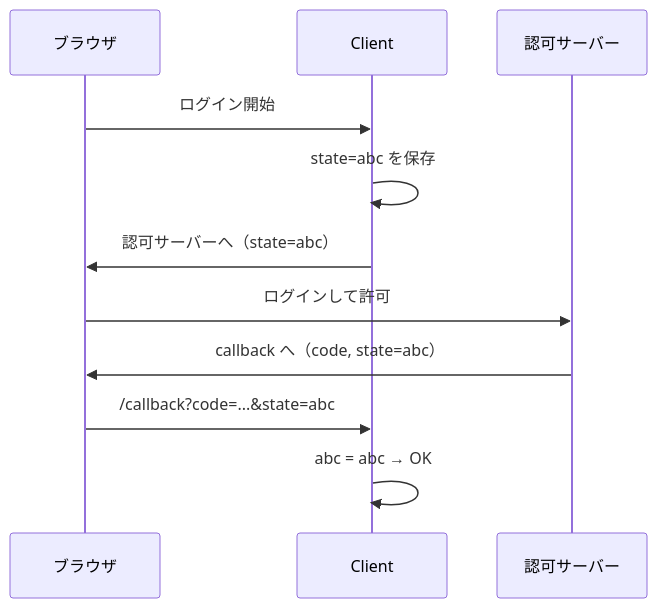
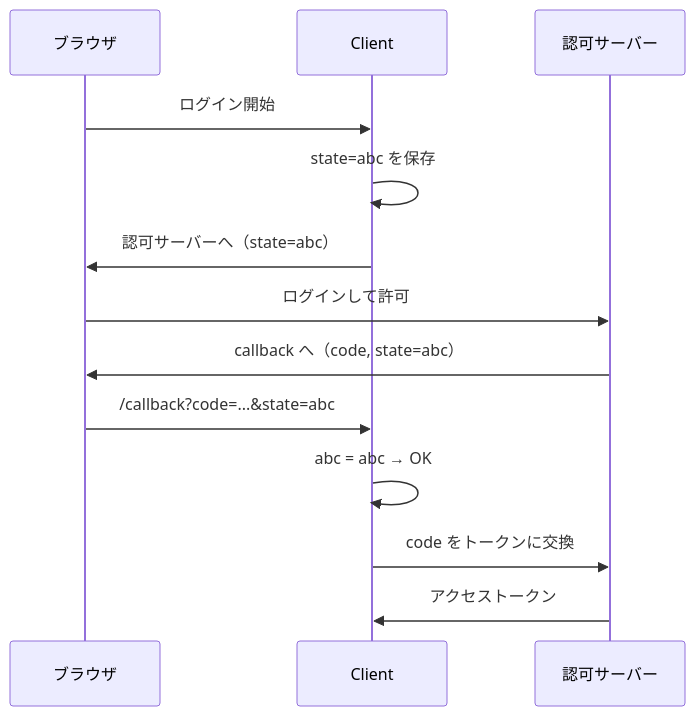
Before and after one commit to newbee1939/til: the first of 3 diagrams in 2026/11/09.md, drawn with Mermaid. The commit also changed other lines of this file, not shown here.

````diff
--- a/2026/11/09.md
+++ b/2026/11/09.md
@@ -17,14 +17,16 @@
 ```mermaid
 sequenceDiagram
     participant U as ブラウザ
     participant C as Client
     participant AS as 認可サーバー
 
     U->>C: ログイン開始
     C->>C: state=abc を保存
     C->>U: 認可サーバーへ（state=abc）
     U->>AS: ログインして許可
     AS->>U: callback へ（code, state=abc）
     U->>C: /callback?code=...&state=abc
     C->>C: abc = abc → OK
+    C->>AS: code をトークンに交換
+    AS->>C: アクセストークン
 ```
````
